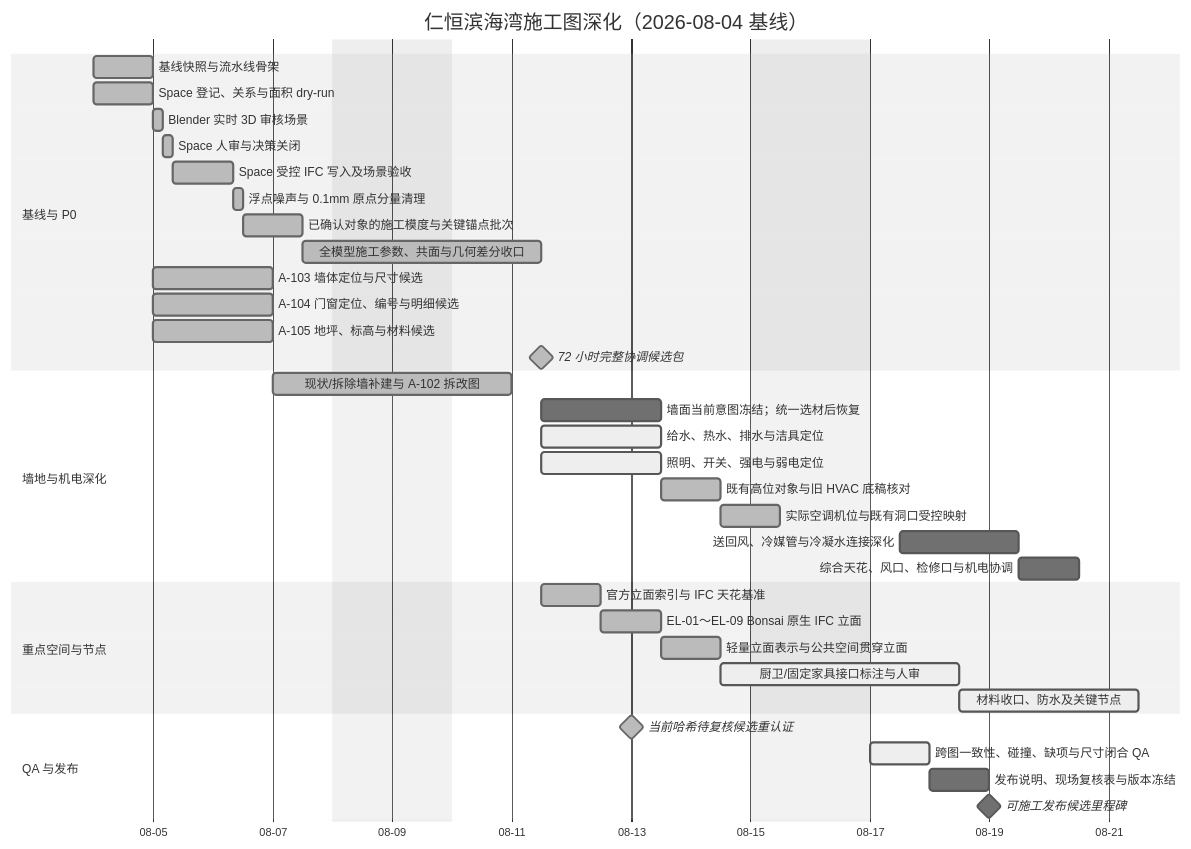
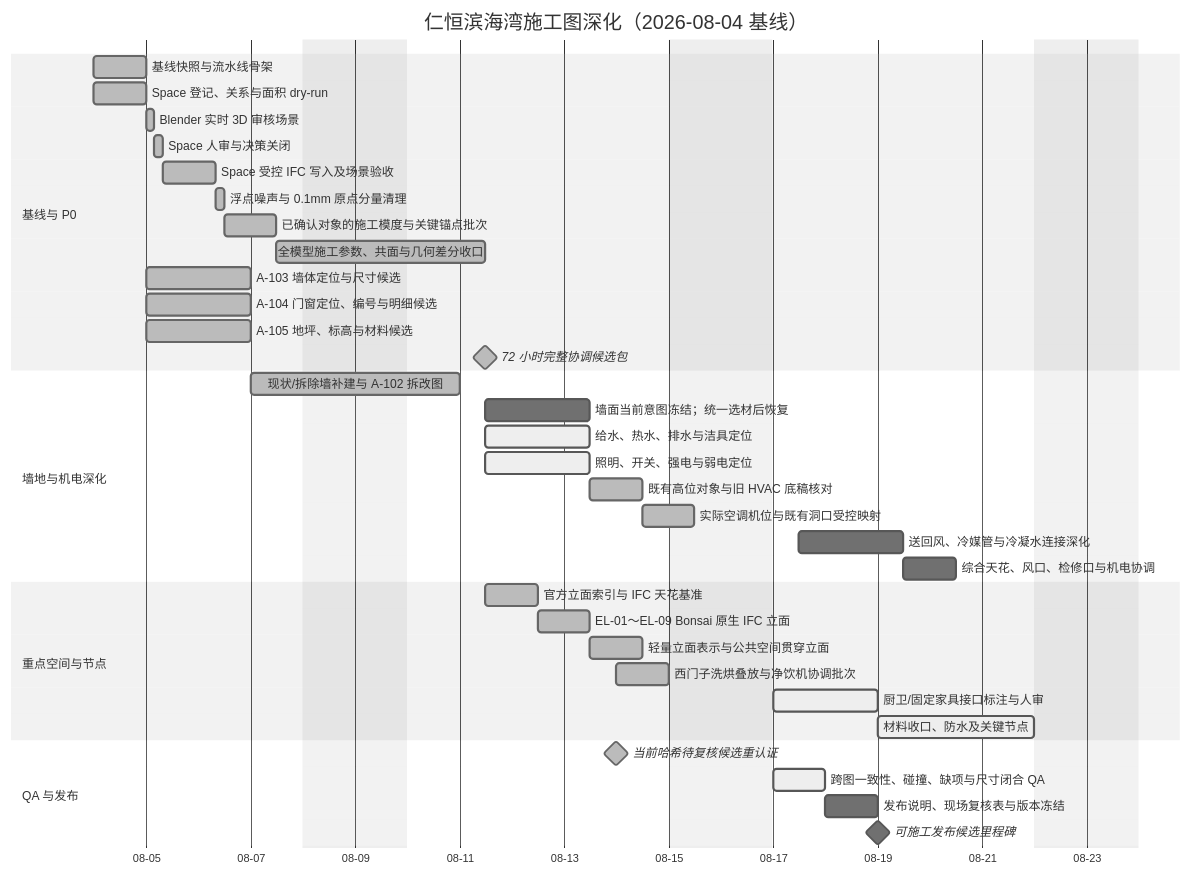
Before and after one commit to Weihan96/2504-GBTB-Yanlord-Zhuhai: the diagram in drawings/滨海湾装修施工图深化工作管理.md, drawn with Mermaid (neutral theme). The commit also changed other lines of this file and 101 other files, not shown here.

````diff
--- a/drawings/滨海湾装修施工图深化工作管理.md
+++ b/drawings/滨海湾装修施工图深化工作管理.md
@@ -90,44 +94,45 @@
 ```mermaid
 gantt
     title 仁恒滨海湾施工图深化（2026-08-04 基线）
     dateFormat  YYYY-MM-DD
     axisFormat  %m-%d
     excludes    weekends
 
     section 基线与 P0
     基线快照与流水线骨架                 :done, M000, 2026-08-04, 1d
     Space 登记、关系与面积 dry-run       :done, S001, 2026-08-04, 1d
     Blender 实时 3D 审核场景              :done, S002A, after S001, 4h
     Space 人审与决策关闭                 :done, S002, after S002A, 4h
     Space 受控 IFC 写入及场景验收         :done, S003, after S002, 1d
     浮点噪声与 0.1mm 原点分量清理          :done, C001, after S003, 4h
     已确认对象的施工模度与关键锚点批次       :done, C002, after C001, 1d
     全模型施工参数、共面与几何差分收口       :done, C003, after C002, 2d
     A-103 墙体定位与尺寸候选              :done, A103, after S001, 2d
     A-104 门窗定位、编号与明细候选         :done, A104, after S001, 2d
     A-105 地坪、标高与材料候选             :done, A105, after S001, 2d
     72 小时完整协调候选包                 :milestone, done, M072, after C003 A103 A104 A105, 0d
 
     section 墙地与机电深化
     现状/拆除墙补建与 A-102 拆改图         :done, A102, after A103, 2d
     墙面当前意图冻结；统一选材后恢复         :WFIN, after M072, 2d
     给水、热水、排水与洁具定位             :active, PLUM, after M072, 2d
     照明、开关、强电与弱电定位             :active, ELEC, after M072, 2d
     既有高位对象与旧 HVAC 底稿核对          :done, RCP1A, after ELEC, 1d
     实际空调机位与既有洞口受控映射          :done, RCP1B, after RCP1A, 1d
     送回风、冷媒管与冷凝水连接深化           :RCP1C, after RCP1B, 2d
     综合天花、风口、检修口与机电协调        :RCP1, after RCP1C, 1d
 
     section 重点空间与节点
     官方立面索引与 IFC 天花基准             :done, INT1A, after M072, 1d
     EL-01～EL-09 Bonsai 原生 IFC 立面       :done, INT1B, after INT1A, 1d
     轻量立面表示与公共空间贯穿立面            :done, INT1B2, after INT1B, 1d
-    厨卫/固定家具接口标注与人审             :active, INT1, after INT1B2, 2d
+    西门子洗烘叠放与净饮机协调批次          :done, APP17, 2026-08-14, 1d
+    厨卫/固定家具接口标注与人审             :active, INT1, after APP17, 2d
     材料收口、防水及关键节点               :active, DET1, after INT1, 3d
 
     section QA 与发布
-    当前哈希待复核候选重认证                :milestone, done, MREV, 2026-08-13, 0d
+    当前哈希待复核候选重认证                :milestone, done, MREV, 2026-08-14, 0d
     跨图一致性、碰撞、缺项与尺寸闭合 QA     :active, QA01, 2026-08-17, 1d
     发布说明、现场复核表与版本冻结           :REL1, 2026-08-18, 1d
     可施工发布候选里程碑                   :milestone, MREL, 2026-08-19, 0d
 ```
````
